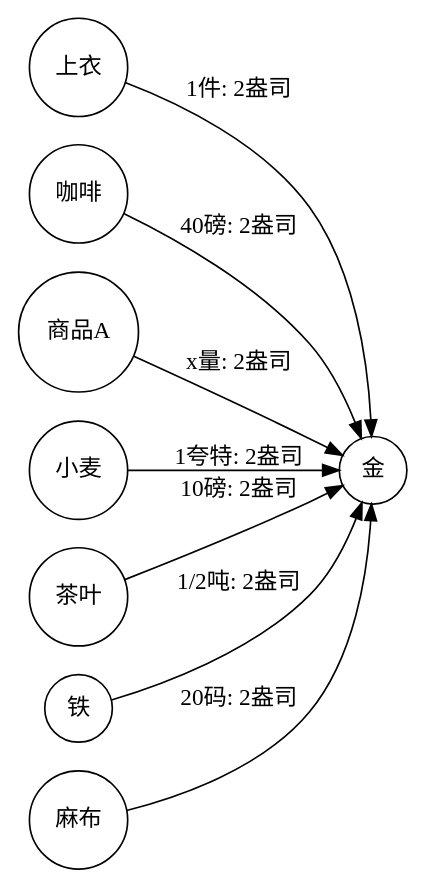
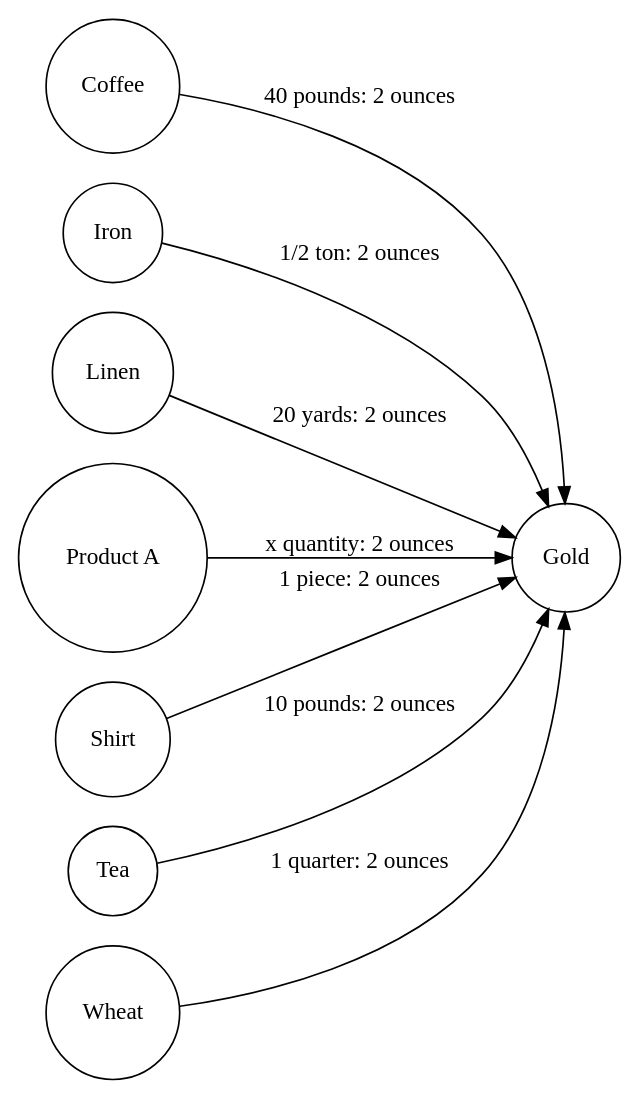
Before and after one commit to Wangsutan/Kapital: the diagram in 资本的生产过程/价值形式理论/价值形式/graphs_generated/money.dot, drawn with Graphviz. The commit also changed 82 other files, not shown here.

```diff
--- a/资本的生产过程/价值形式理论/价值形式/graphs_generated/money.dot
+++ b/资本的生产过程/价值形式理论/价值形式/graphs_generated/money.dot
@@ -1,11 +1,11 @@
 digraph 价值形式理论 {
     rankdir=LR;
     node [shape=circle];
-    "上衣" -> "金" [label="1件: 2盎司"];
-    "咖啡" -> "金" [label="40磅: 2盎司"];
-    "商品A" -> "金" [label="x量: 2盎司"];
-    "小麦" -> "金" [label="1夸特: 2盎司"];
-    "茶叶" -> "金" [label="10磅: 2盎司"];
-    "铁" -> "金" [label="1/2吨: 2盎司"];
-    "麻布" -> "金" [label="20码: 2盎司"];
+    "Coffee" -> "Gold" [label="40 pounds: 2 ounces"];
+    "Iron" -> "Gold" [label="1/2 ton: 2 ounces"];
+    "Linen" -> "Gold" [label="20 yards: 2 ounces"];
+    "Product A" -> "Gold" [label="x quantity: 2 ounces"];
+    "Shirt" -> "Gold" [label="1 piece: 2 ounces"];
+    "Tea" -> "Gold" [label="10 pounds: 2 ounces"];
+    "Wheat" -> "Gold" [label="1 quarter: 2 ounces"];
 }
```
